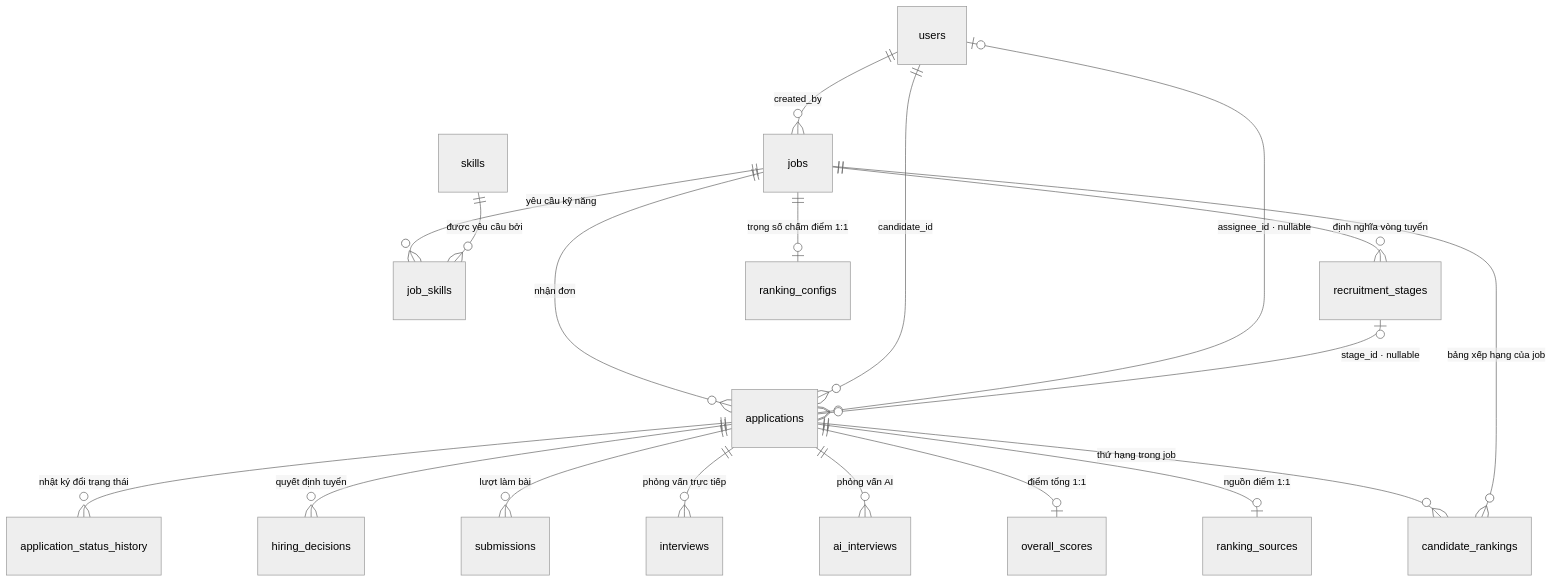
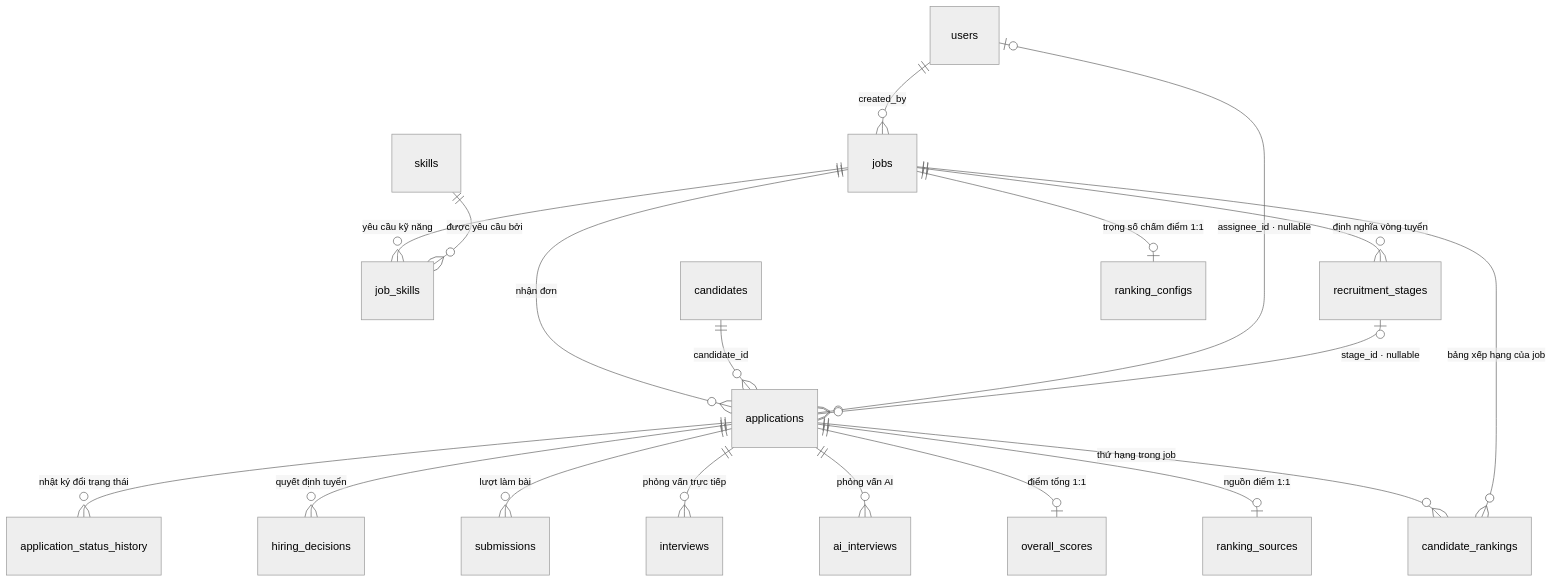
The fifth of 11 diagrams in docs/database/README.md (hieupnh12/SmartHire-AI), drawn with Mermaid (neutral theme) before and after one commit. The commit also changed other lines of this file and 75 other files, not shown here.

Commit message:
feat: separate candidates from users, update frontend auth and docs

````diff
--- a/docs/database/README.md
+++ b/docs/database/README.md
@@ -436,23 +436,23 @@
 ```mermaid
 erDiagram
     users ||--o{ jobs : "created_by"
     jobs ||--o{ job_skills : "yêu cầu kỹ năng"
     skills ||--o{ job_skills : "được yêu cầu bởi"
     jobs ||--o{ recruitment_stages : "định nghĩa vòng tuyển"
 
     jobs ||--o{ applications : "nhận đơn"
-    users ||--o{ applications : "candidate_id"
+    candidates ||--o{ applications : "candidate_id"
     users |o--o{ applications : "assignee_id · nullable"
     recruitment_stages |o--o{ applications : "stage_id · nullable"
 
     applications ||--o{ application_status_history : "nhật ký đổi trạng thái"
     applications ||--o{ hiring_decisions : "quyết định tuyển"
     applications ||--o{ submissions : "lượt làm bài"
     applications ||--o{ interviews : "phỏng vấn trực tiếp"
     applications ||--o{ ai_interviews : "phỏng vấn AI"
     applications ||--o| overall_scores : "điểm tổng 1:1"
     applications ||--o| ranking_sources : "nguồn điểm 1:1"
     applications ||--o{ candidate_rankings : "thứ hạng trong job"
     jobs ||--o{ candidate_rankings : "bảng xếp hạng của job"
     jobs ||--o| ranking_configs : "trọng số chấm điểm 1:1"
 ```
````
